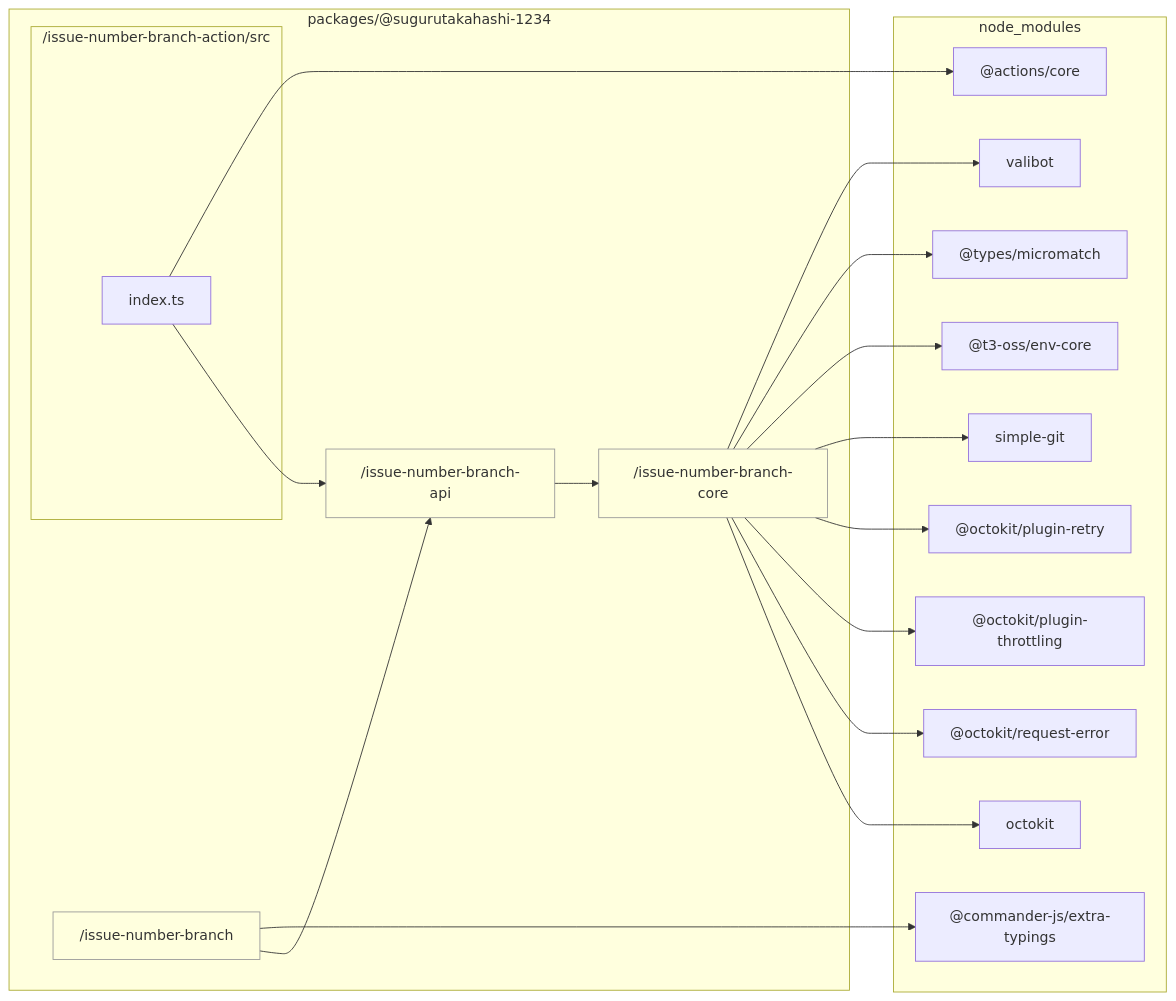
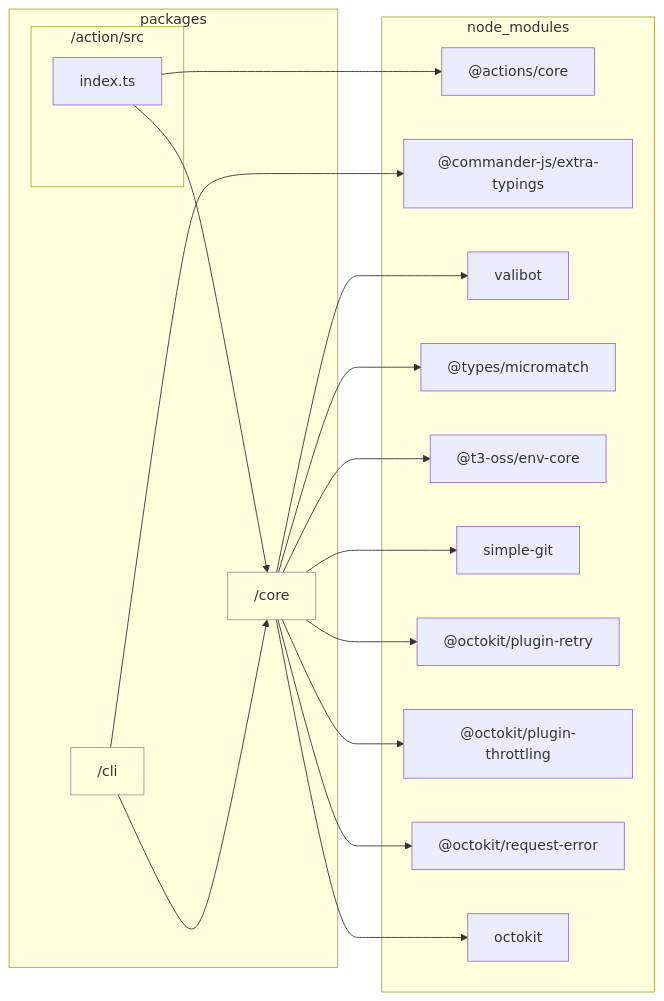
One commit to sugurutakahashi-1234/issue-linker changed the diagram in docs/reports/dependencies/action.md. Above: the diagram before and after it, drawn with Mermaid. The commit also changed other lines of this file and 60 other files, not shown here.

````diff
--- a/docs/reports/dependencies/action.md
+++ b/docs/reports/dependencies/action.md
@@ -7,37 +7,35 @@
 ```mermaid
 flowchart LR
     classDef dir fill:#0000,stroke:#999
-    subgraph packages///sugurutakahashi//1234["packages/@sugurutakahashi-1234"]
-        packages///sugurutakahashi//1234/issue//number//branch//core["/issue-number-branch-core"]:::dir
-        packages///sugurutakahashi//1234/issue//number//branch//api["/issue-number-branch-api"]:::dir
-        packages///sugurutakahashi//1234/issue//number//branch["/issue-number-branch"]:::dir
-        subgraph packages///sugurutakahashi//1234/issue//number//branch//action/src["/issue-number-branch-action/src"]
-            packages///sugurutakahashi//1234/issue//number//branch//action/src/index.ts["index.ts"]
+    subgraph packages["packages"]
+        packages/core["/core"]:::dir
+        packages/cli["/cli"]:::dir
+        subgraph packages/action/src["/action/src"]
+            packages/action/src/index.ts["index.ts"]
         end
     end
     subgraph node//modules["node_modules"]
+        node//modules///actions/core/lib/core.d.ts["@actions/core"]
         node//modules///commander//js/extra//typings/index.d.ts["@commander-js/extra-typings"]
-        node//modules///actions/core/lib/core.d.ts["@actions/core"]
         node//modules/valibot/dist/index.d.cts["valibot"]
         node//modules///types/micromatch/index.d.ts["@types/micromatch"]
         node//modules///t3//oss/env//core/dist/index.d.ts["@t3-oss/env-core"]
         node//modules/simple//git/dist/typings/index.d.ts["simple-git"]
         node//modules///octokit/plugin//retry/dist//types/index.d.ts["@octokit/plugin-retry"]
         node//modules///octokit/plugin//throttling/dist//types/index.d.ts["@octokit/plugin-throttling"]
         node//modules///octokit/request//error/dist//types/index.d.ts["@octokit/request-error"]
         node//modules/octokit/dist//types/index.d.ts["octokit"]
     end
-    packages///sugurutakahashi//1234/issue//number//branch//api-->packages///sugurutakahashi//1234/issue//number//branch//core
-    packages///sugurutakahashi//1234/issue//number//branch-->node//modules///commander//js/extra//typings/index.d.ts
-    packages///sugurutakahashi//1234/issue//number//branch-->packages///sugurutakahashi//1234/issue//number//branch//api
-    packages///sugurutakahashi//1234/issue//number//branch//action/src/index.ts-->node//modules///actions/core/lib/core.d.ts
-    packages///sugurutakahashi//1234/issue//number//branch//action/src/index.ts-->packages///sugurutakahashi//1234/issue//number//branch//api
-    packages///sugurutakahashi//1234/issue//number//branch//core-->node//modules/valibot/dist/index.d.cts
-    packages///sugurutakahashi//1234/issue//number//branch//core-->node//modules///types/micromatch/index.d.ts
-    packages///sugurutakahashi//1234/issue//number//branch//core-->node//modules///t3//oss/env//core/dist/index.d.ts
-    packages///sugurutakahashi//1234/issue//number//branch//core-->node//modules/simple//git/dist/typings/index.d.ts
-    packages///sugurutakahashi//1234/issue//number//branch//core-->node//modules///octokit/plugin//retry/dist//types/index.d.ts
-    packages///sugurutakahashi//1234/issue//number//branch//core-->node//modules///octokit/plugin//throttling/dist//types/index.d.ts
-    packages///sugurutakahashi//1234/issue//number//branch//core-->node//modules///octokit/request//error/dist//types/index.d.ts
-    packages///sugurutakahashi//1234/issue//number//branch//core-->node//modules/octokit/dist//types/index.d.ts
+    packages/action/src/index.ts-->node//modules///actions/core/lib/core.d.ts
+    packages/action/src/index.ts-->packages/core
+    packages/cli-->node//modules///commander//js/extra//typings/index.d.ts
+    packages/cli-->packages/core
+    packages/core-->node//modules/valibot/dist/index.d.cts
+    packages/core-->node//modules///types/micromatch/index.d.ts
+    packages/core-->node//modules///t3//oss/env//core/dist/index.d.ts
+    packages/core-->node//modules/simple//git/dist/typings/index.d.ts
+    packages/core-->node//modules///octokit/plugin//retry/dist//types/index.d.ts
+    packages/core-->node//modules///octokit/plugin//throttling/dist//types/index.d.ts
+    packages/core-->node//modules///octokit/request//error/dist//types/index.d.ts
+    packages/core-->node//modules/octokit/dist//types/index.d.ts
 ```
````
